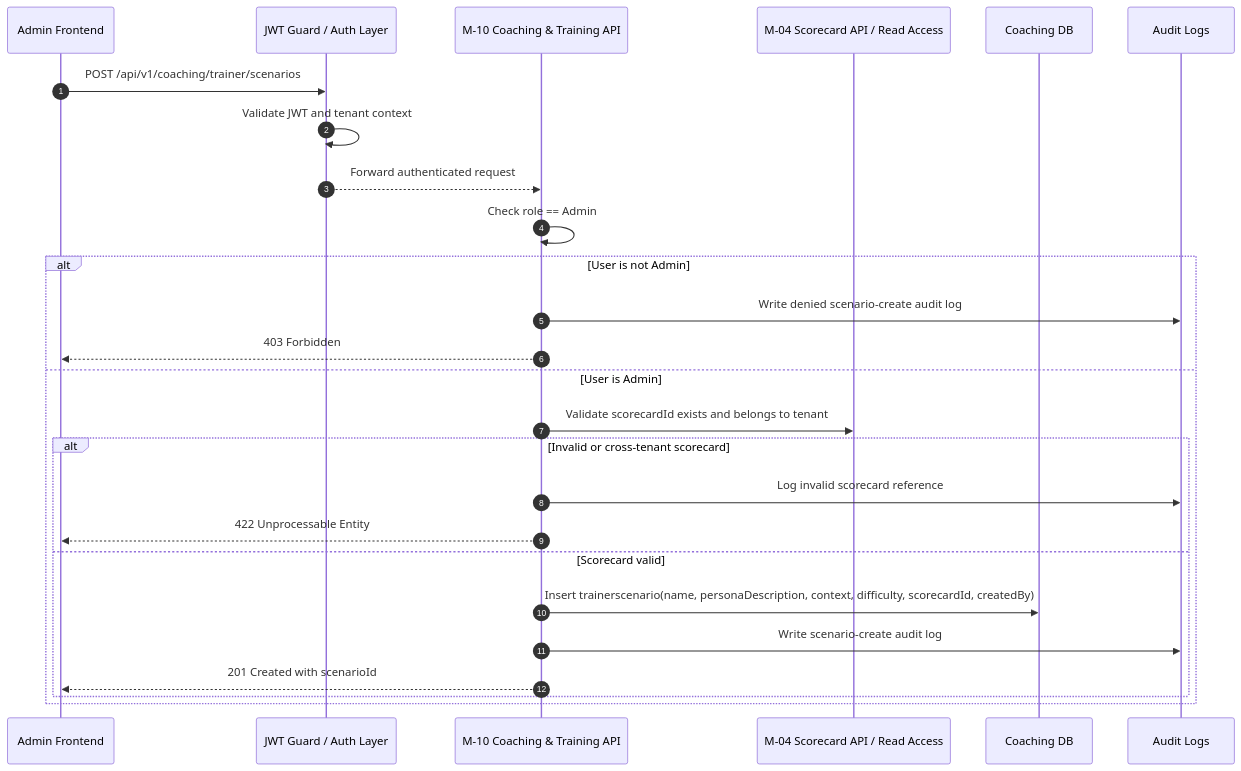
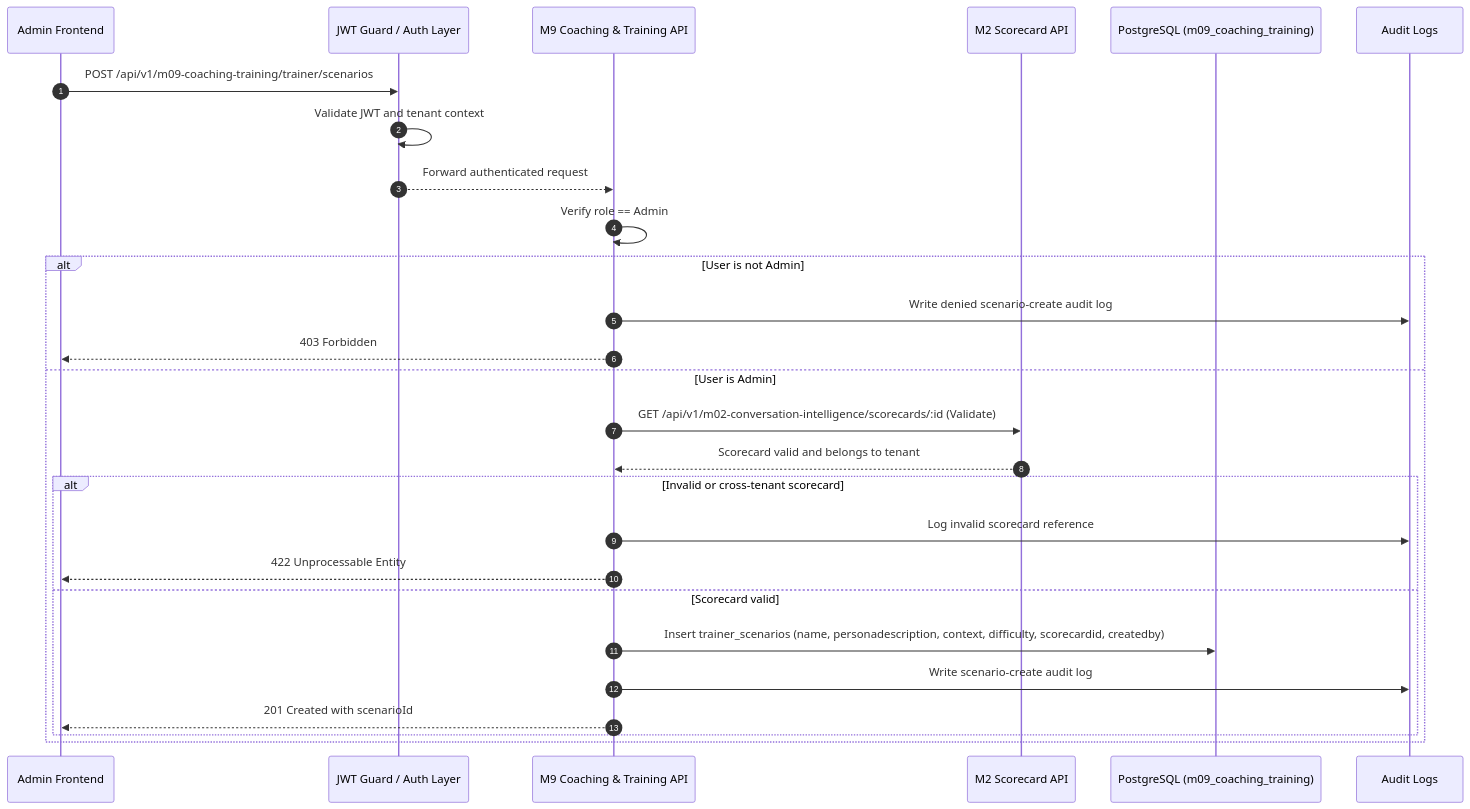
The fourth of 4 diagrams in Reference documents/M9 Coaching & Training/Sequence Diagrams-M9 flows.md (PoojaTiwari09/FB-and-RP-Fixes), drawn with Mermaid before and after one commit. The commit also changed other lines of this file and 79 other files, not shown here.

Commit message:
chore: commit all platform reference documents and drift audit alignments

````diff
--- a/Reference documents/M9 Coaching & Training/Sequence Diagrams-M9 flows.md
+++ b/Reference documents/M9 Coaching & Training/Sequence Diagrams-M9 flows.md
@@ -230,30 +212,31 @@
 ```mermaid
 sequenceDiagram
     autonumber
     participant UI as Admin Frontend
     participant AUTH as JWT Guard / Auth Layer
-    participant M10 as M-10 Coaching & Training API
-    participant M04 as M-04 Scorecard API / Read Access
-    participant DB as Coaching DB
+    participant M09 as M9 Coaching & Training API
+    participant M02 as M2 Scorecard API
+    participant DB as PostgreSQL (m09_coaching_training)
     participant LOG as Audit Logs
 
-    UI->>AUTH: POST /api/v1/coaching/trainer/scenarios
+    UI->>AUTH: POST /api/v1/m09-coaching-training/trainer/scenarios
     AUTH->>AUTH: Validate JWT and tenant context
-    AUTH-->>M10: Forward authenticated request
+    AUTH-->>M09: Forward authenticated request
 
-    M10->>M10: Check role == Admin
+    M09->>M09: Verify role == Admin
     alt User is not Admin
-        M10->>LOG: Write denied scenario-create audit log
-        M10-->>UI: 403 Forbidden
+        M09->>LOG: Write denied scenario-create audit log
+        M09-->>UI: 403 Forbidden
     else User is Admin
-        M10->>M04: Validate scorecardId exists and belongs to tenant
+        M09->>M02: GET /api/v1/m02-conversation-intelligence/scorecards/:id (Validate)
+        M02-->>M09: Scorecard valid and belongs to tenant
         alt Invalid or cross-tenant scorecard
-            M10->>LOG: Log invalid scorecard reference
-            M10-->>UI: 422 Unprocessable Entity
+            M09->>LOG: Log invalid scorecard reference
+            M09-->>UI: 422 Unprocessable Entity
         else Scorecard valid
-            M10->>DB: Insert trainerscenario(name, personaDescription, context, difficulty, scorecardId, createdBy)
-            M10->>LOG: Write scenario-create audit log
-            M10-->>UI: 201 Created with scenarioId
+            M09->>DB: Insert trainer_scenarios (name, personadescription, context, difficulty, scorecardid, createdby)
+            M09->>LOG: Write scenario-create audit log
+            M09-->>UI: 201 Created with scenarioId
         end
     end
 ```
````
